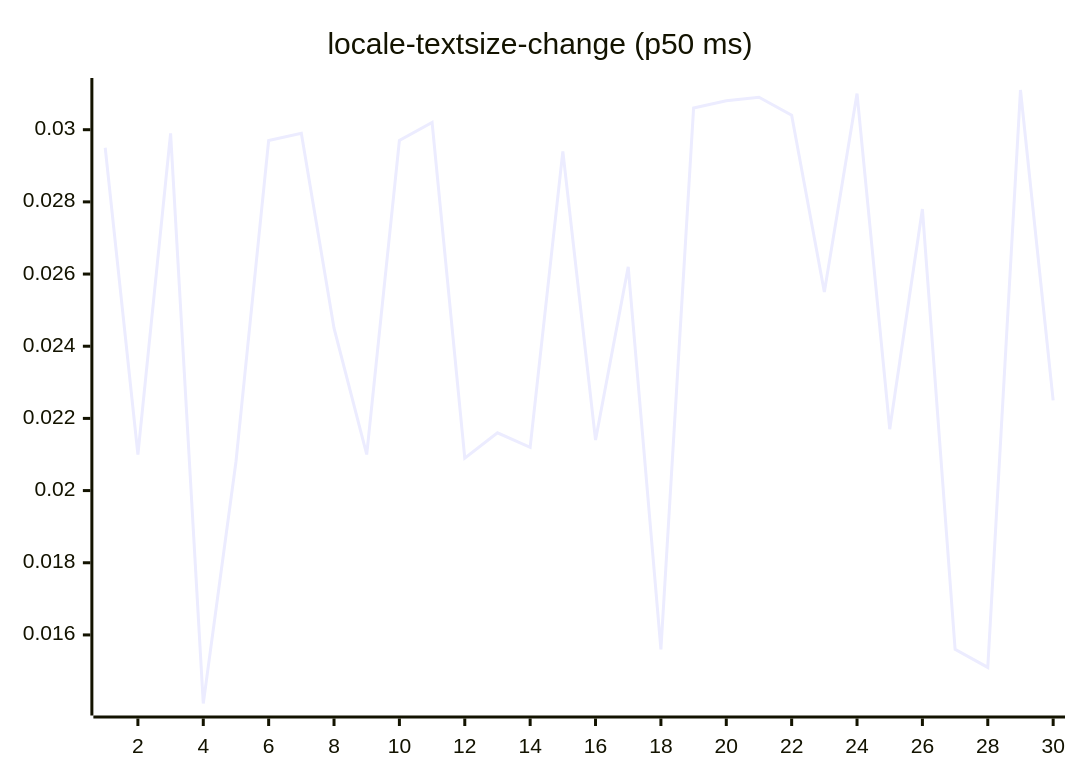
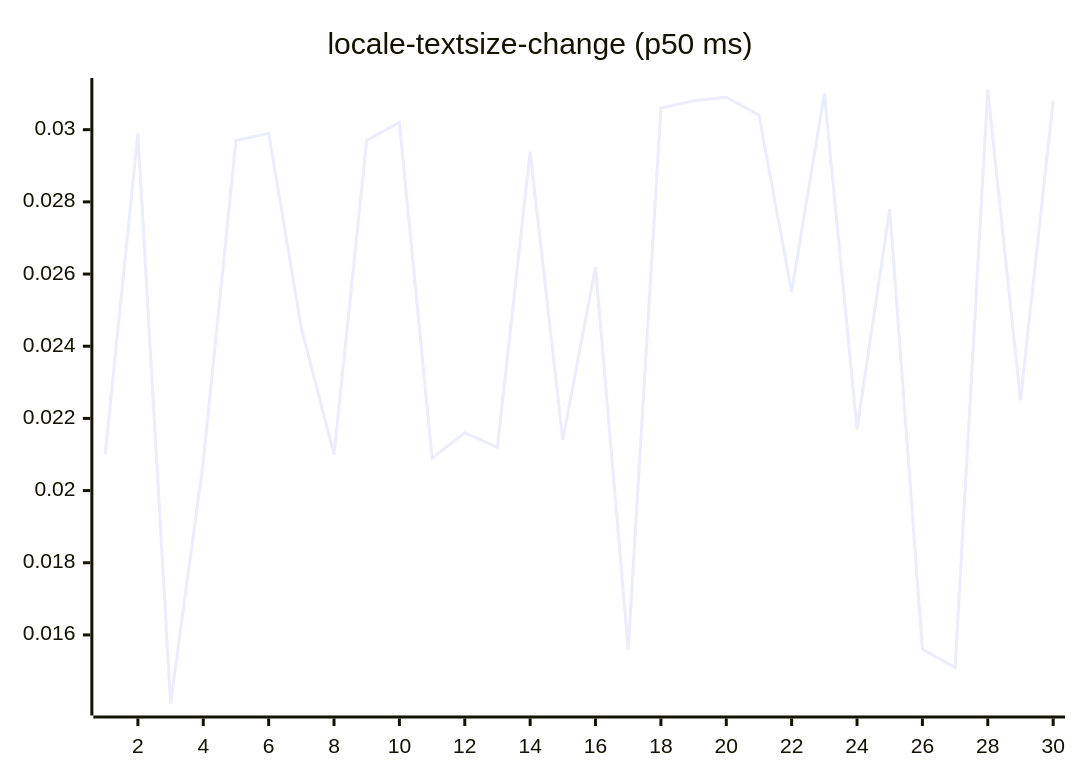
Before and after one commit to josha/Facet: diagram 13 of 27 in README.md, drawn with Mermaid. The commit also changed other lines of this file and 2 other files, not shown here.

````diff
--- a/README.md
+++ b/README.md
@@ -147,6 +147,6 @@
 ```mermaid
 xychart-beta
     title "locale-textsize-change (p50 ms)"
     x-axis 1 --> 30
-    line [0.0295, 0.0210, 0.0299, 0.0141, 0.0208, 0.0297, 0.0299, 0.0245, 0.0210, 0.0297, 0.0302, 0.0209, 0.0216, 0.0212, 0.0294, 0.0214, 0.0262, 0.0156, 0.0306, 0.0308, 0.0309, 0.0304, 0.0255, 0.0310, 0.0217, 0.0278, 0.0156, 0.0151, 0.0311, 0.0225]
+    line [0.0210, 0.0299, 0.0141, 0.0208, 0.0297, 0.0299, 0.0245, 0.0210, 0.0297, 0.0302, 0.0209, 0.0216, 0.0212, 0.0294, 0.0214, 0.0262, 0.0156, 0.0306, 0.0308, 0.0309, 0.0304, 0.0255, 0.0310, 0.0217, 0.0278, 0.0156, 0.0151, 0.0311, 0.0225, 0.0308]
 ```
````
